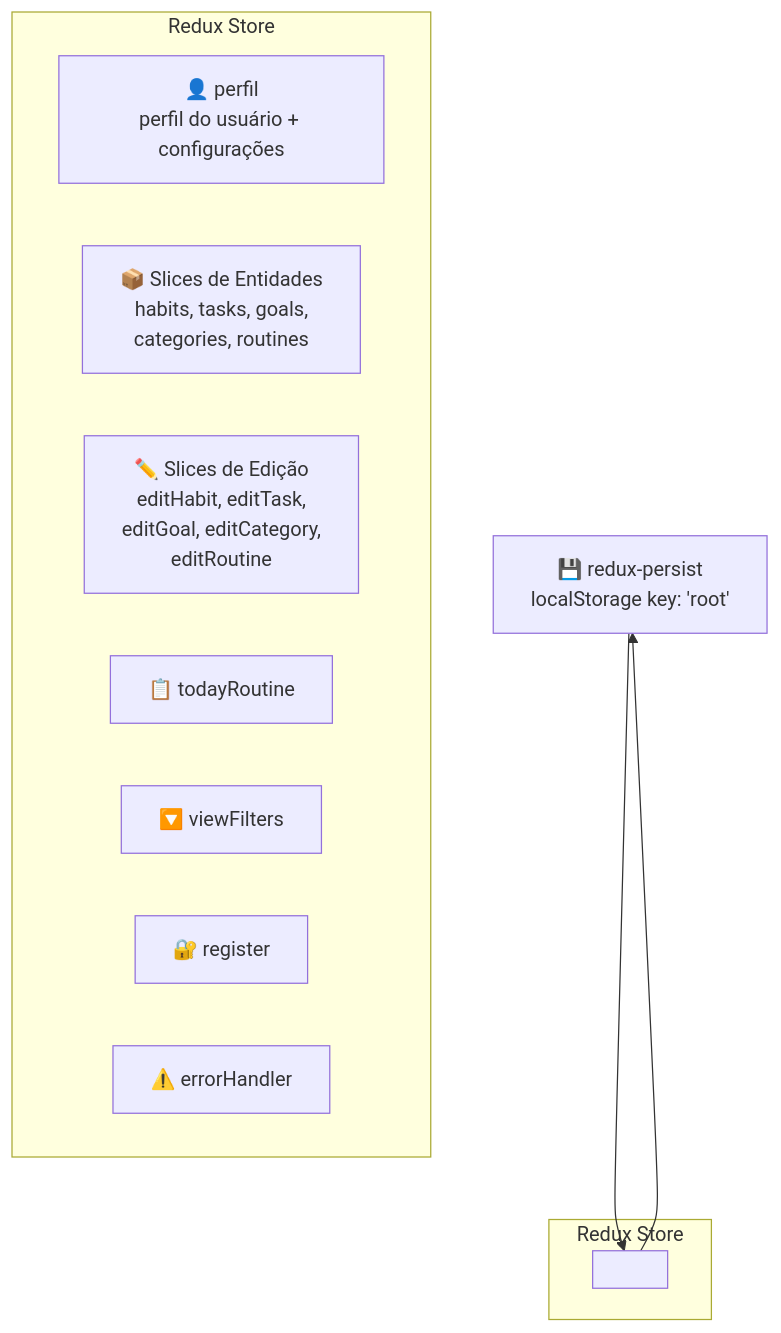
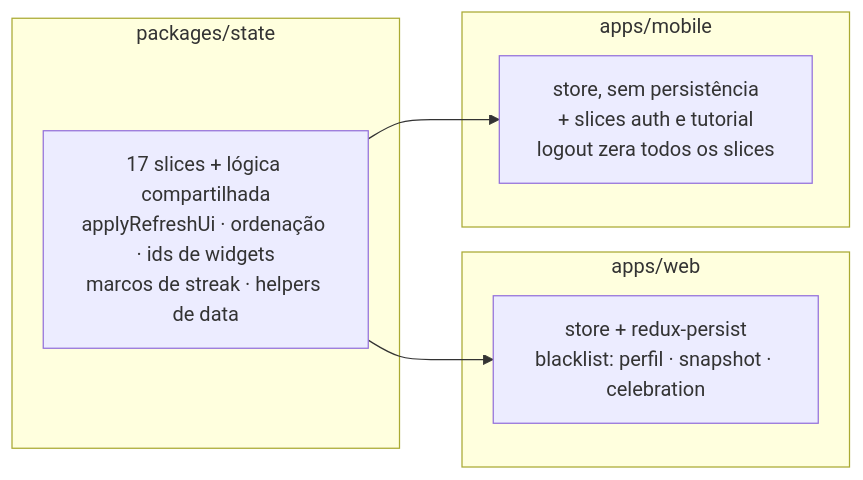
One commit to AndDev741/Beyou-arch-design changed the first of 2 diagrams in architecture/redux-data/pt.md. Above: the diagram before and after it, drawn with Mermaid. The commit also changed other lines of this file and 7 other files, not shown here.

First line of the commit message:
docs(architecture): ui-components and redux-data enter the monorepo era

````diff
--- a/architecture/redux-data/pt.md
+++ b/architecture/redux-data/pt.md
@@ -10,20 +12,17 @@
 ```mermaid
-flowchart TD
-  subgraph "Redux Store"
-    PERFIL["👤 perfil<br/>perfil do usuário + configurações"]
-    ENTITIES["📦 Slices de Entidades<br/>habits, tasks, goals,<br/>categories, routines"]
-    EDIT["✏️ Slices de Edição<br/>editHabit, editTask,<br/>editGoal, editCategory,<br/>editRoutine"]
-    TODAY["📋 todayRoutine"]
-    FILTERS["🔽 viewFilters"]
-    AUTH["🔐 register"]
-    ERR["⚠️ errorHandler"]
+flowchart LR
+  subgraph pkg["packages/state"]
+    SLICES["17 slices + lógica compartilhada<br/>applyRefreshUi · ordenação · ids de widgets<br/>marcos de streak · helpers de data"]
   end
 
-  PERSIST["💾 redux-persist<br/>localStorage key: 'root'"]
-  STORE --> PERSIST
-  PERSIST --> STORE
+  subgraph web["apps/web"]
+    WSTORE["store + redux-persist<br/>blacklist: perfil · snapshot · celebration"]
+  end
 
-  subgraph "Redux Store"
-    STORE[" "]
+  subgraph mobile["apps/mobile"]
+    MSTORE["store, sem persistência<br/>+ slices auth e tutorial<br/>logout zera todos os slices"]
   end
+
+  SLICES --> WSTORE
+  SLICES --> MSTORE
 ```
````
